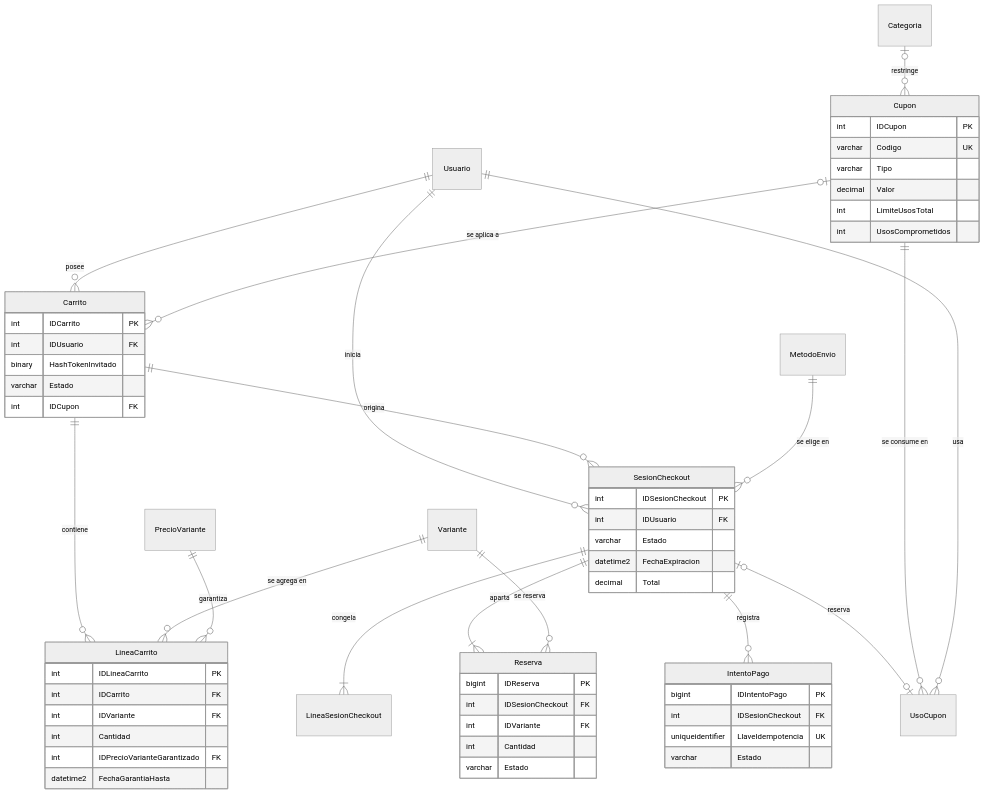
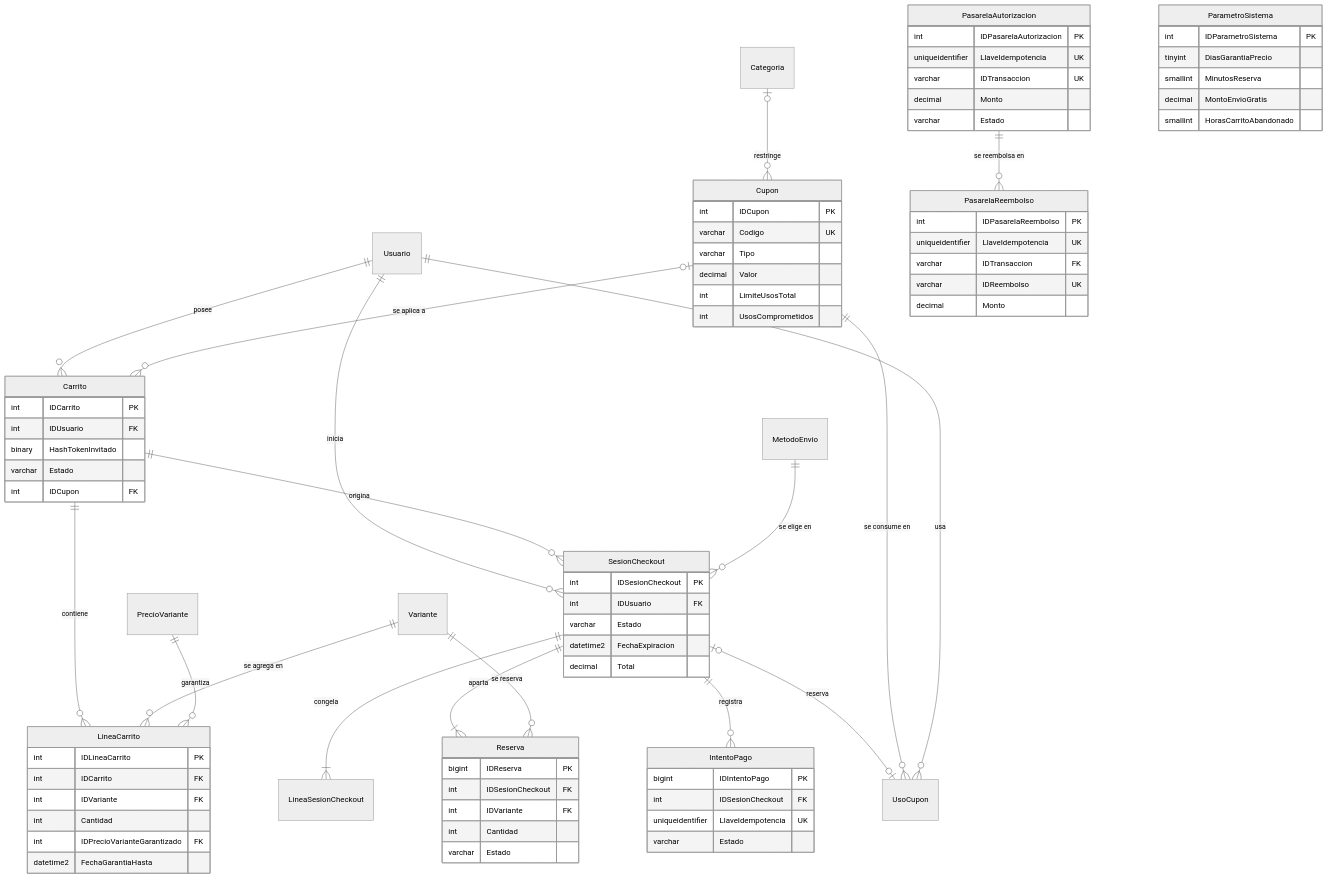
Before and after one commit to Dart18-80/Reto_ShopCart: the second of 3 diagrams in docs/02-modelo-datos.md, drawn with Mermaid (neutral theme). The commit also changed other lines of this file and 12 other files, not shown here.

Commit message:
docs(diagramas): arquitectura con exportaciones, volumen compartido, tareas reales y pasarela; ER por áreas y Mermaid de 02 y del README con las 41 tablas actuales

````diff
--- a/docs/02-modelo-datos.md
+++ b/docs/02-modelo-datos.md
@@ -142,6 +142,7 @@
     SesionCheckout |o--o| UsoCupon : "reserva"
     Cupon ||--o{ UsoCupon : "se consume en"
     Usuario ||--o{ UsoCupon : "usa"
+    PasarelaAutorizacion ||--o{ PasarelaReembolso : "se reembolsa en"
 
     Carrito {
         int IDCarrito PK
@@ -186,4 +187,25 @@
         uniqueidentifier LlaveIdempotencia UK
         varchar Estado
     }
+    ParametroSistema {
+        int IDParametroSistema PK
+        tinyint DiasGarantiaPrecio
+        smallint MinutosReserva
+        decimal MontoEnvioGratis
+        smallint HorasCarritoAbandonado
+    }
+    PasarelaAutorizacion {
+        int IDPasarelaAutorizacion PK
+        uniqueidentifier LlaveIdempotencia UK
+        varchar IDTransaccion UK
+        decimal Monto
+        varchar Estado
+    }
+    PasarelaReembolso {
+        int IDPasarelaReembolso PK
+        uniqueidentifier LlaveIdempotencia UK
+        varchar IDTransaccion FK
+        varchar IDReembolso UK
+        decimal Monto
+    }
 ```
````
